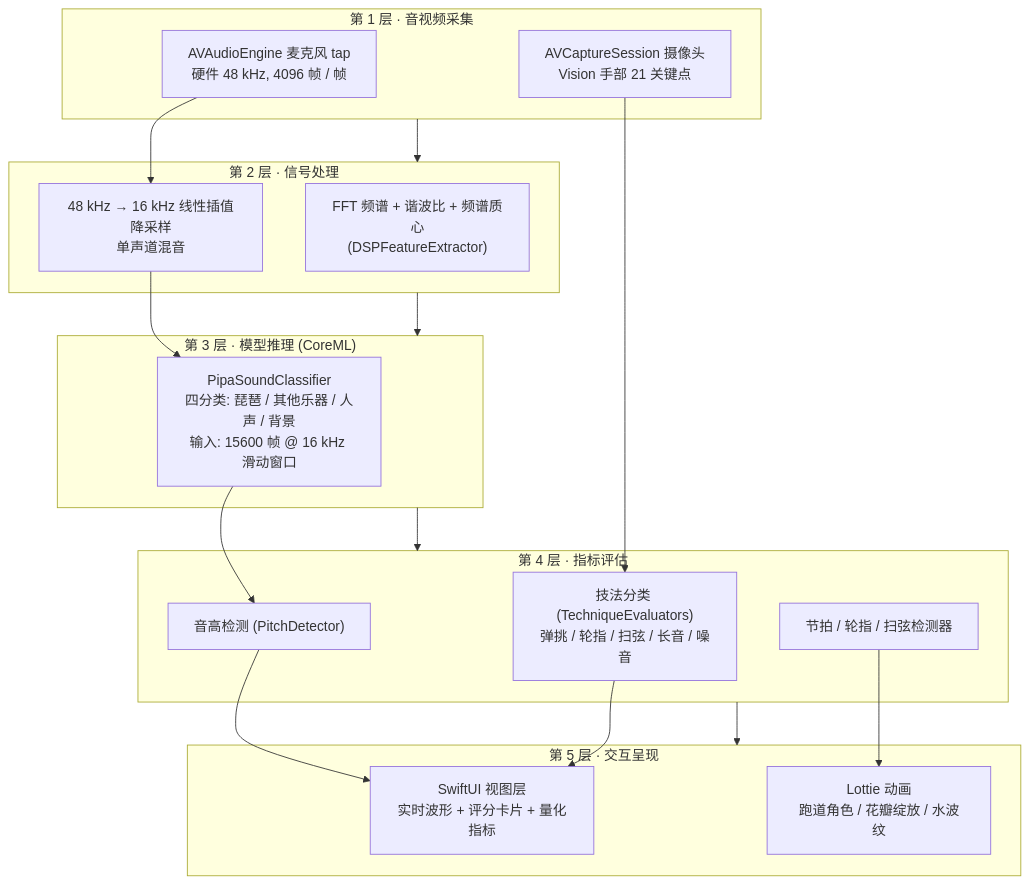
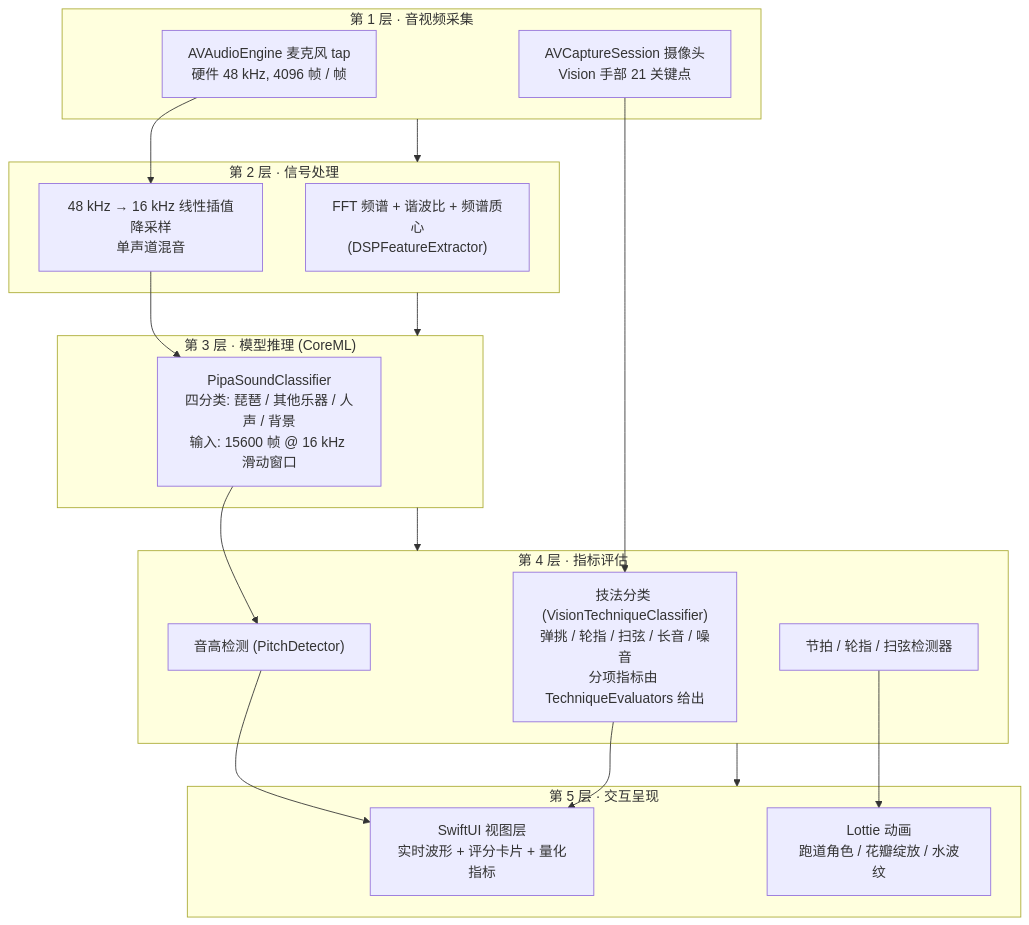
One commit to ZehuiWU2009/PluckBuddy-VirtualPipa changed the second of 2 diagrams in README.md. Above: the diagram before and after it, drawn with Mermaid. The commit also changed other lines of this file, not shown here.

````diff
--- a/README.md
+++ b/README.md
@@ -512,32 +562,32 @@
 ```mermaid
 flowchart TB
     subgraph L1 ["第 1 层 · 音视频采集"]
         A1["AVAudioEngine 麦克风 tap<br/>硬件 48 kHz, 4096 帧 / 帧"]
         A2["AVCaptureSession 摄像头<br/>Vision 手部 21 关键点"]
     end
     subgraph L2 ["第 2 层 · 信号处理"]
         B1["FFT 频谱 + 谐波比 + 频谱质心<br/>(DSPFeatureExtractor)"]
         B2["48 kHz → 16 kHz 线性插值降采样<br/>单声道混音"]
     end
     subgraph L3 ["第 3 层 · 模型推理 (CoreML)"]
         C1["PipaSoundClassifier<br/>四分类: 琵琶 / 其他乐器 / 人声 / 背景<br/>输入: 15600 帧 @ 16 kHz 滑动窗口"]
     end
     subgraph L4 ["第 4 层 · 指标评估"]
         D1["音高检测 (PitchDetector)"]
         D2["节拍 / 轮指 / 扫弦检测器"]
-        D3["技法分类 (TechniqueEvaluators)<br/>弹挑 / 轮指 / 扫弦 / 长音 / 噪音"]
+        D3["技法分类 (VisionTechniqueClassifier)<br/>弹挑 / 轮指 / 扫弦 / 长音 / 噪音<br/>分项指标由 TechniqueEvaluators 给出"]
     end
     subgraph L5 ["第 5 层 · 交互呈现"]
         E1["SwiftUI 视图层<br/>实时波形 + 评分卡片 + 量化指标"]
         E2["Lottie 动画<br/>跑道角色 / 花瓣绽放 / 水波纹"]
     end
 
     L1 --> L2 --> L3 --> L4 --> L5
 
     %% 横向细节
     A1 --> B2 --> C1 --> D1
     A2 --> D3
     D1 --> E1
     D2 --> E2
     D3 --> E1
 ```
````
